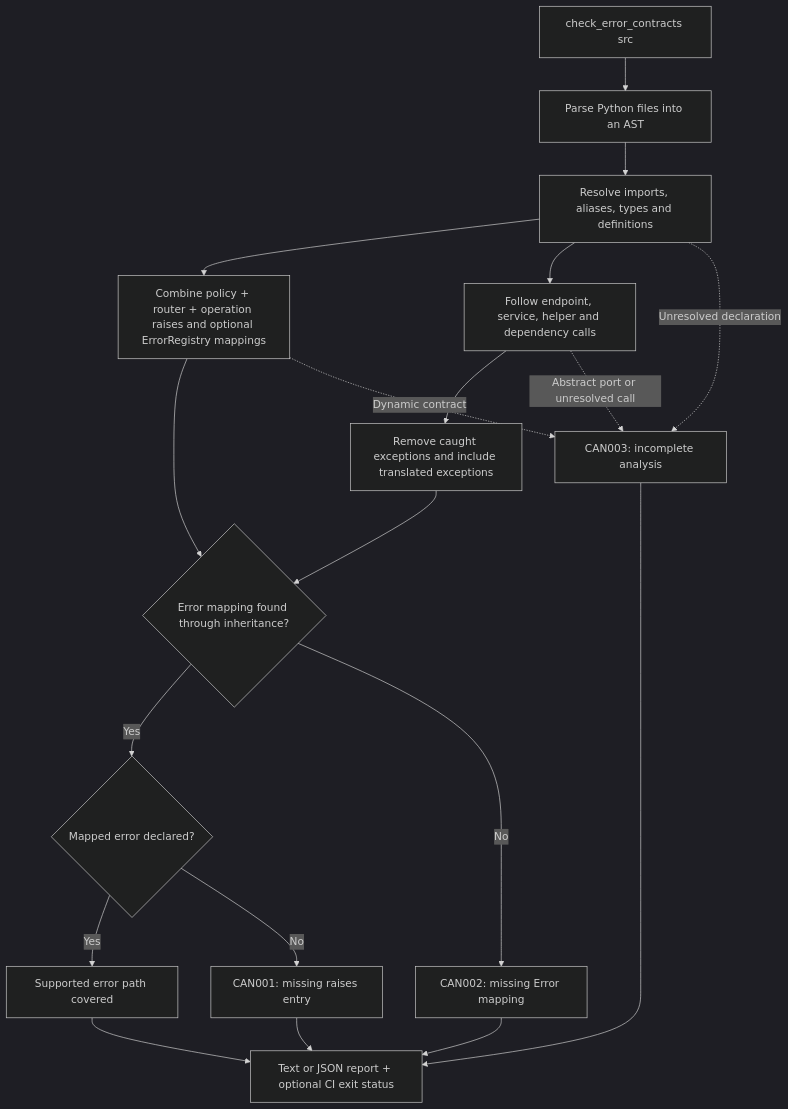
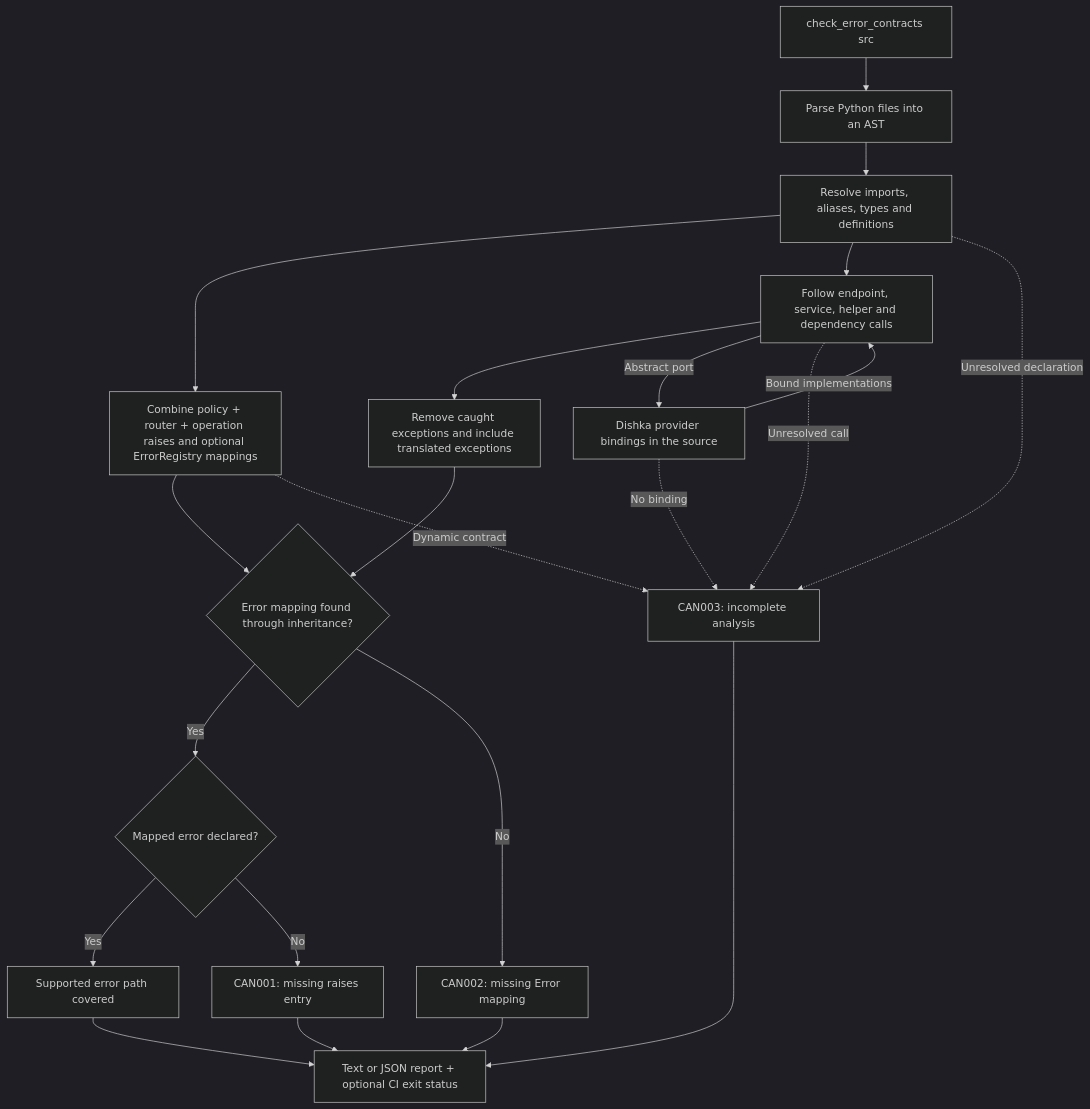
One commit to mathisarends/fastapi-canon changed the diagram in docs/error-checking.md. Above: the diagram before and after it, drawn with Mermaid (dark theme). The commit also changed other lines of this file and 6 other files, not shown here.

First line of the commit message:
Resolve abstract Dishka ports in the error checker

````diff
--- a/docs/error-checking.md
+++ b/docs/error-checking.md
@@ -33,21 +33,24 @@
 ```mermaid
 flowchart TD
     CLI["check_error_contracts src"] --> AST["Parse Python files into an AST"]
     AST --> INDEX["Resolve imports, aliases, types and definitions"]
     INDEX --> CONTRACT["Combine policy + router + operation raises and optional ErrorRegistry mappings"]
     INDEX --> CALLS["Follow endpoint, service, helper and dependency calls"]
     CALLS --> HANDLING["Remove caught exceptions and include translated exceptions"]
     HANDLING --> MATCH{"Error mapping found through inheritance?"}
     CONTRACT --> MATCH
     MATCH -->|Yes| COMPARE{"Mapped error declared?"}
     COMPARE -->|Yes| COVERED["Supported error path covered"]
     COMPARE -->|No| MISSING["CAN001: missing raises entry"]
     MATCH -->|No| UNMAPPED["CAN002: missing Error mapping"]
     INDEX -.->|Unresolved declaration| UNKNOWN["CAN003: incomplete analysis"]
     CONTRACT -.->|Dynamic contract| UNKNOWN
-    CALLS -.->|Abstract port or unresolved call| UNKNOWN
+    CALLS -->|Abstract port| BINDING["Dishka provider bindings in the source"]
+    BINDING -->|Bound implementations| CALLS
+    BINDING -.->|No binding| UNKNOWN
+    CALLS -.->|Unresolved call| UNKNOWN
     COVERED --> REPORT["Text or JSON report + optional CI exit status"]
     MISSING --> REPORT
     UNMAPPED --> REPORT
     UNKNOWN --> REPORT
 ```
````
